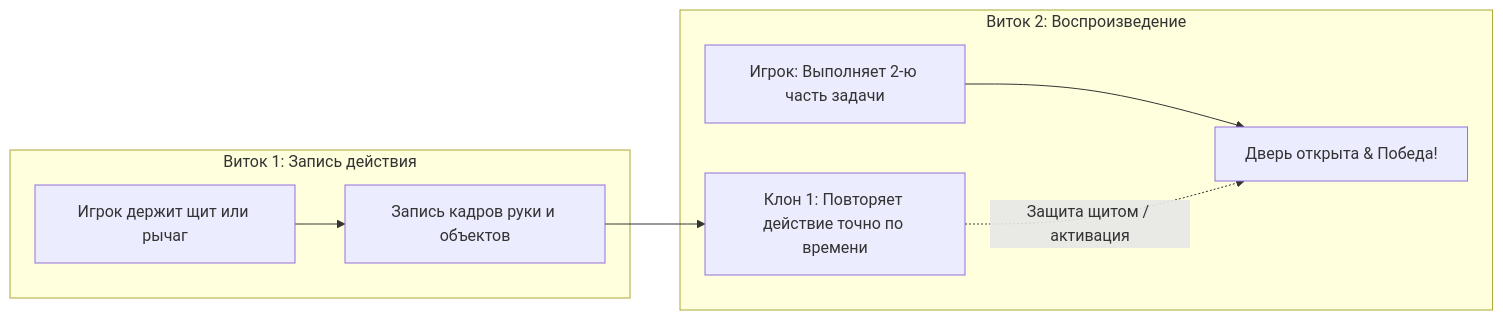
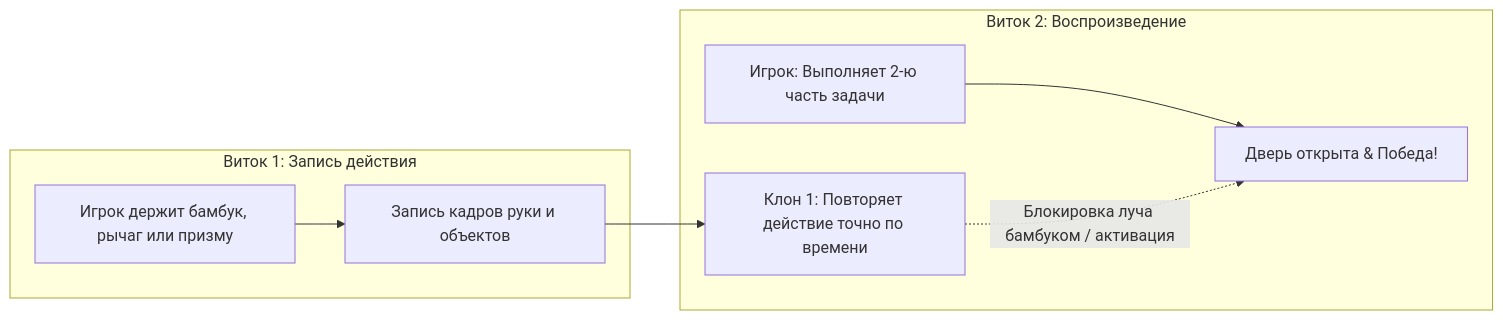
Before and after one commit to UNI-ROOM/admit-hackathon-2026: the diagram in README.md, drawn with Mermaid. The commit also changed other lines of this file, not shown here.

````diff
--- a/README.md
+++ b/README.md
@@ -44,11 +57,11 @@
 ```mermaid
 flowchart LR
     subgraph Round1 [Виток 1: Запись действия]
-        A[Игрок держит щит или рычаг] --> B[Запись кадров руки и объектов]
+        A[Игрок держит бамбук, рычаг или призму] --> B[Запись кадров руки и объектов]
     end
     subgraph Round2 [Виток 2: Воспроизведение]
         B --> C[Клон 1: Повторяет действие точно по времени]
         D[Игрок: Выполняет 2-ю часть задачи] --> E[Дверь открыта & Победа!]
-        C -. Защита щитом / активация .-> E
+        C -. Блокировка луча бамбуком / активация .-> E
     end
 ```
````
